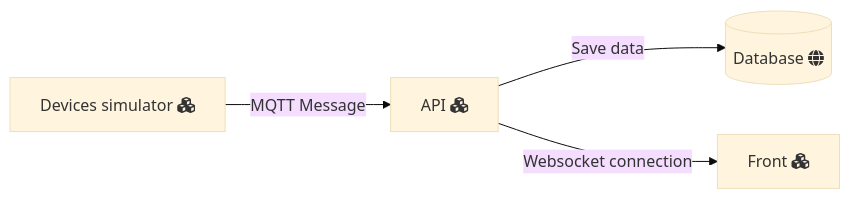
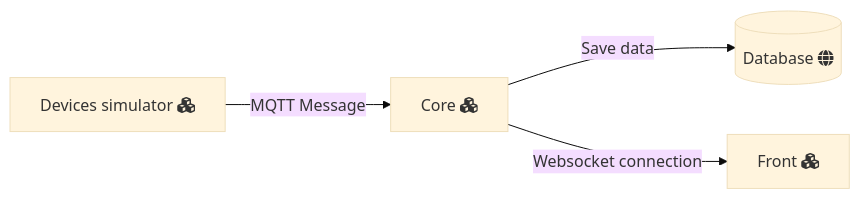
One commit to FueledByRage/IOT-Devices-Manager changed the diagram in readme.md. Above: the diagram before and after it, drawn with Mermaid (base theme). The commit also changed other lines of this file and 7 other files, not shown here.

````diff
--- a/readme.md
+++ b/readme.md
@@ -35,11 +37,11 @@
 ```mermaid
 graph LR;
     A["Devices simulator fa:fa-cubes"]
-    B["API fa:fa-cubes"]
+    B["Core fa:fa-cubes"]
     C[("Database fa:fa-globe")]
     D["Front fa:fa-cubes"]
 
     A-->|MQTT Message|B;
     B-->|Save data|C;
     B-->|Websocket connection|D;
 ```
````
